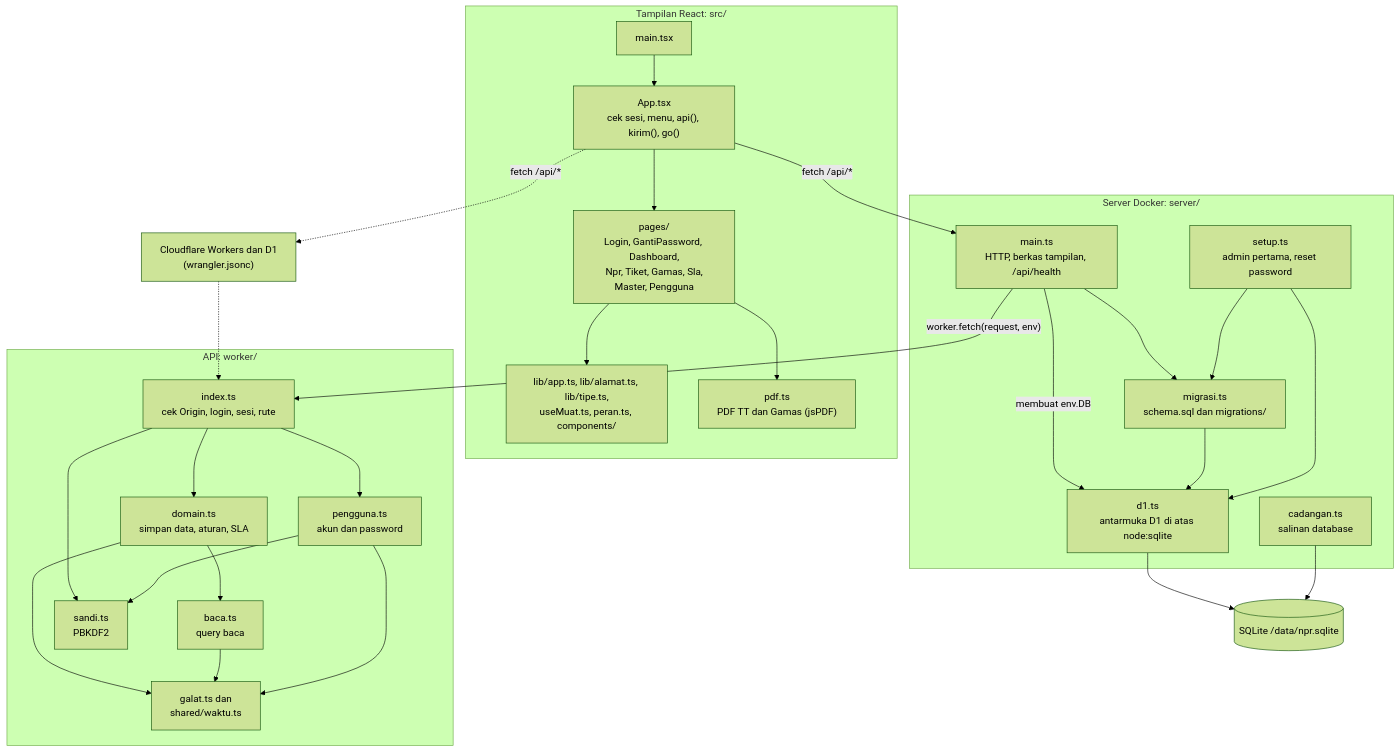
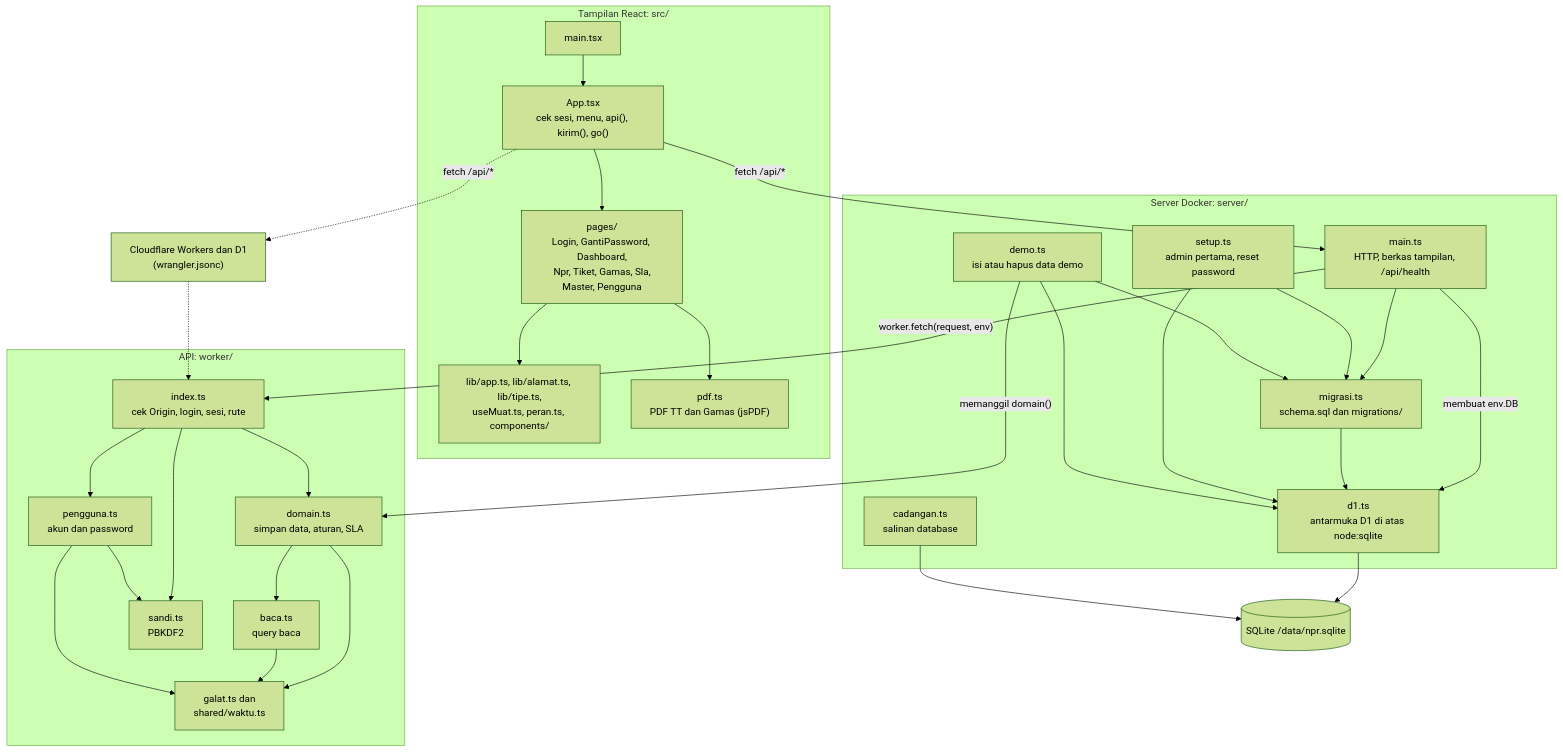
Before and after one commit to felicidad126/tyio: diagram 15 of 15 in review/DIAGRAM-NPR.md, drawn with Mermaid (forest theme). The commit also changed other lines of this file and 22 other files, not shown here.

First line of the commit message:
Lengkapi diagram modul dengan demo.ts dan rapikan judul kelompok

````diff
--- a/review/DIAGRAM-NPR.md
+++ b/review/DIAGRAM-NPR.md
@@ -1091,54 +1091,58 @@
 ```mermaid
 flowchart TB
   subgraph fe["Tampilan React: src/"]
     main["main.tsx"]
     app["App.tsx<br/>cek sesi, menu, api(), kirim(), go()"]
     pages["pages/<br/>Login, GantiPassword, Dashboard,<br/>Npr, Tiket, Gamas, Sla,<br/>Master, Pengguna"]
     bantu["lib/app.ts, lib/alamat.ts, lib/tipe.ts,<br/>useMuat.ts, peran.ts, components/"]
     pdf["pdf.ts<br/>PDF TT dan Gamas (jsPDF)"]
   end
 
   subgraph srv["Server Docker: server/"]
     sMain["main.ts<br/>HTTP, berkas tampilan, /api/health"]
     sD1["d1.ts<br/>antarmuka D1 di atas node:sqlite"]
     sMigrasi["migrasi.ts<br/>schema.sql dan migrations/"]
     sSetup["setup.ts<br/>admin pertama, reset password"]
     sCadangan["cadangan.ts<br/>salinan database"]
+    sDemo["demo.ts<br/>isi atau hapus data demo"]
   end
 
   cf["Cloudflare Workers dan D1<br/>(wrangler.jsonc)"]
 
   subgraph be["API: worker/"]
     wIndex["index.ts<br/>cek Origin, login, sesi, rute"]
     wDomain["domain.ts<br/>simpan data, aturan, SLA"]
     wBaca["baca.ts<br/>query baca"]
     wPengguna["pengguna.ts<br/>akun dan password"]
     wSandi["sandi.ts<br/>PBKDF2"]
     wBantu["galat.ts dan<br/>shared/waktu.ts"]
   end
 
   db[("SQLite /data/npr.sqlite")]
 
   main --> app --> pages
   pages --> bantu
   pages --> pdf
   app -->|"fetch /api/*"| sMain
   app -.->|"fetch /api/*"| cf
   sMain -->|"worker.fetch(request, env)"| wIndex
   cf -.-> wIndex
   wIndex --> wDomain
   wIndex --> wPengguna
   wIndex --> wSandi
   wPengguna --> wSandi
   wDomain --> wBaca
   wDomain --> wBantu
   wBaca --> wBantu
   wPengguna --> wBantu
   sMain -->|"membuat env.DB"| sD1
   sMain --> sMigrasi
   sSetup --> sMigrasi
   sMigrasi --> sD1
   sSetup --> sD1
   sD1 --> db
   sCadangan --> db
+  sDemo -->|"memanggil domain()"| wDomain
+  sDemo --> sMigrasi
+  sDemo --> sD1
 ```
````
